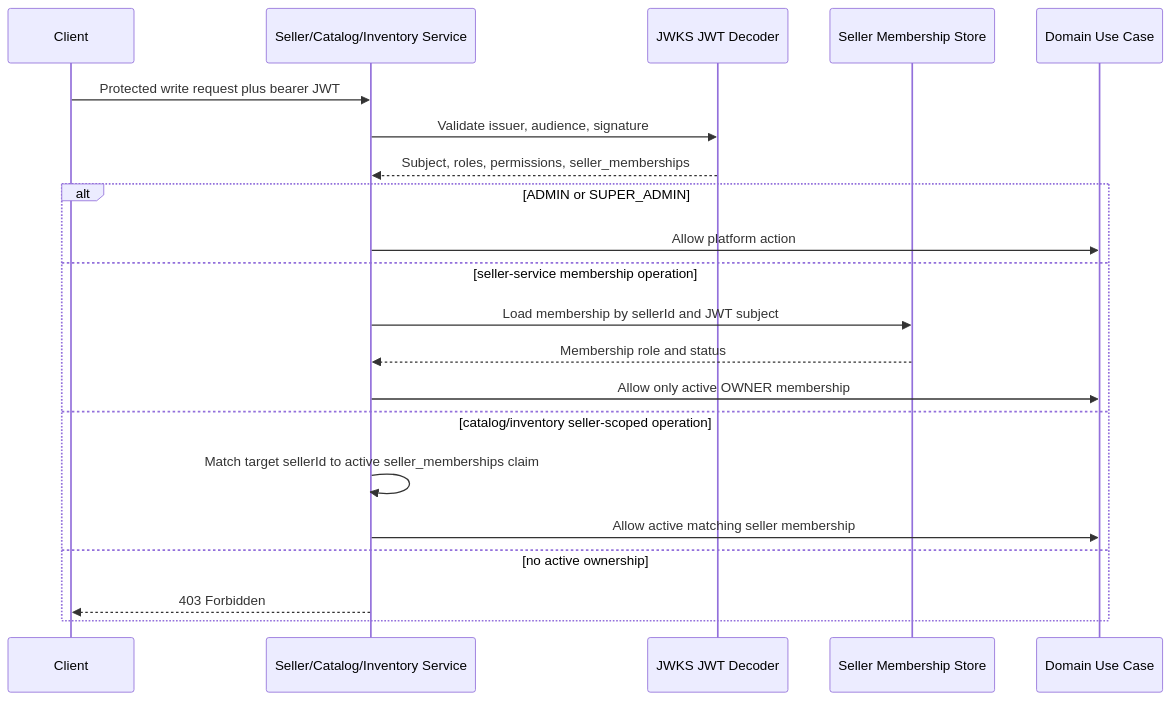
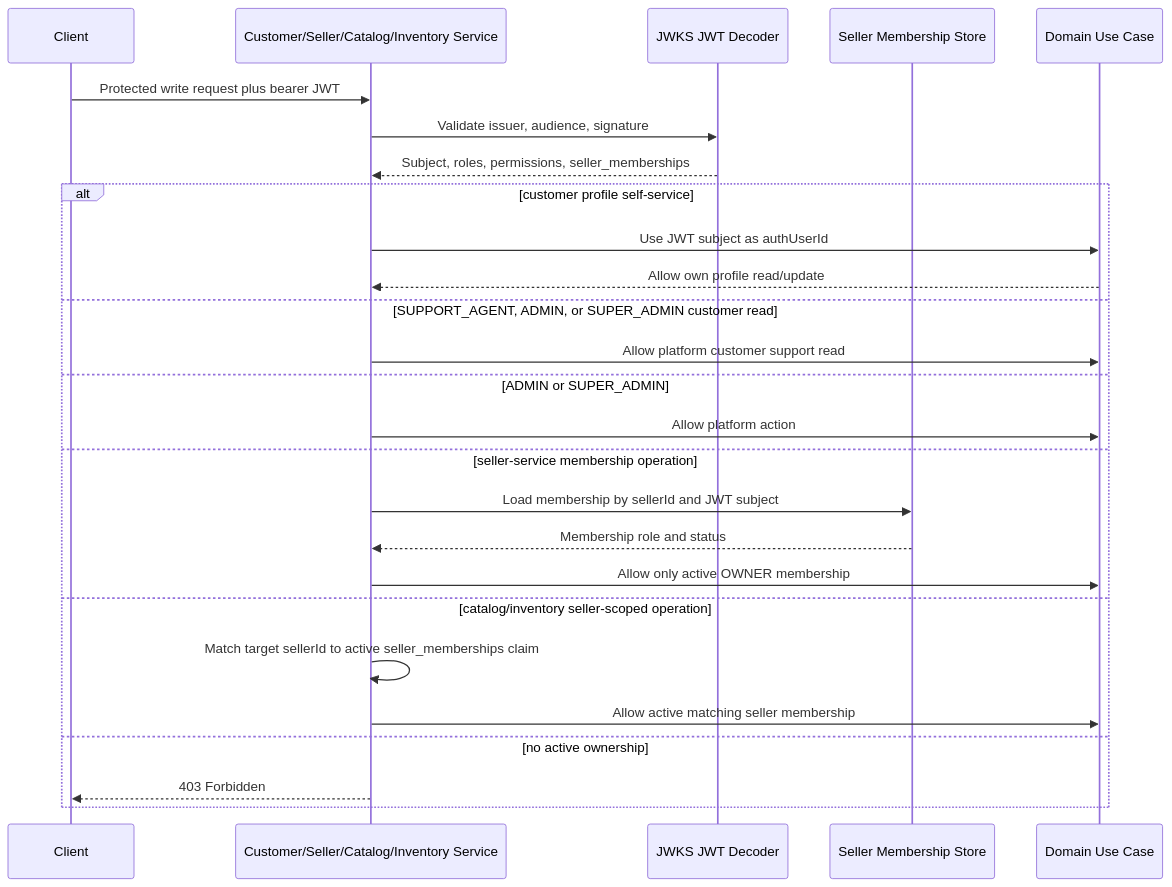
Before and after one commit to jobsonrisoa/market-basket-platform: the fifth of 8 diagrams in docs/diagrams.md, drawn with Mermaid. The commit also changed other lines of this file and 26 other files, not shown here.

Commit message:
feat(customer-service): add customer profile foundation

````diff
--- a/docs/diagrams.md
+++ b/docs/diagrams.md
@@ -163,25 +163,30 @@
 ```mermaid
 sequenceDiagram
   participant Client
-  participant Service as Seller/Catalog/Inventory Service
+  participant Service as Customer/Seller/Catalog/Inventory Service
   participant JwtDecoder as JWKS JWT Decoder
   participant SellerDb as Seller Membership Store
   participant Domain as Domain Use Case
 
   Client->>Service: Protected write request plus bearer JWT
   Service->>JwtDecoder: Validate issuer, audience, signature
   JwtDecoder-->>Service: Subject, roles, permissions, seller_memberships
 
-  alt ADMIN or SUPER_ADMIN
+  alt customer profile self-service
+    Service->>Domain: Use JWT subject as authUserId
+    Domain-->>Service: Allow own profile read/update
+  else SUPPORT_AGENT, ADMIN, or SUPER_ADMIN customer read
+    Service->>Domain: Allow platform customer support read
+  else ADMIN or SUPER_ADMIN
     Service->>Domain: Allow platform action
   else seller-service membership operation
     Service->>SellerDb: Load membership by sellerId and JWT subject
     SellerDb-->>Service: Membership role and status
     Service->>Domain: Allow only active OWNER membership
   else catalog/inventory seller-scoped operation
     Service->>Service: Match target sellerId to active seller_memberships claim
     Service->>Domain: Allow active matching seller membership
   else no active ownership
     Service-->>Client: 403 Forbidden
   end
 ```
````
